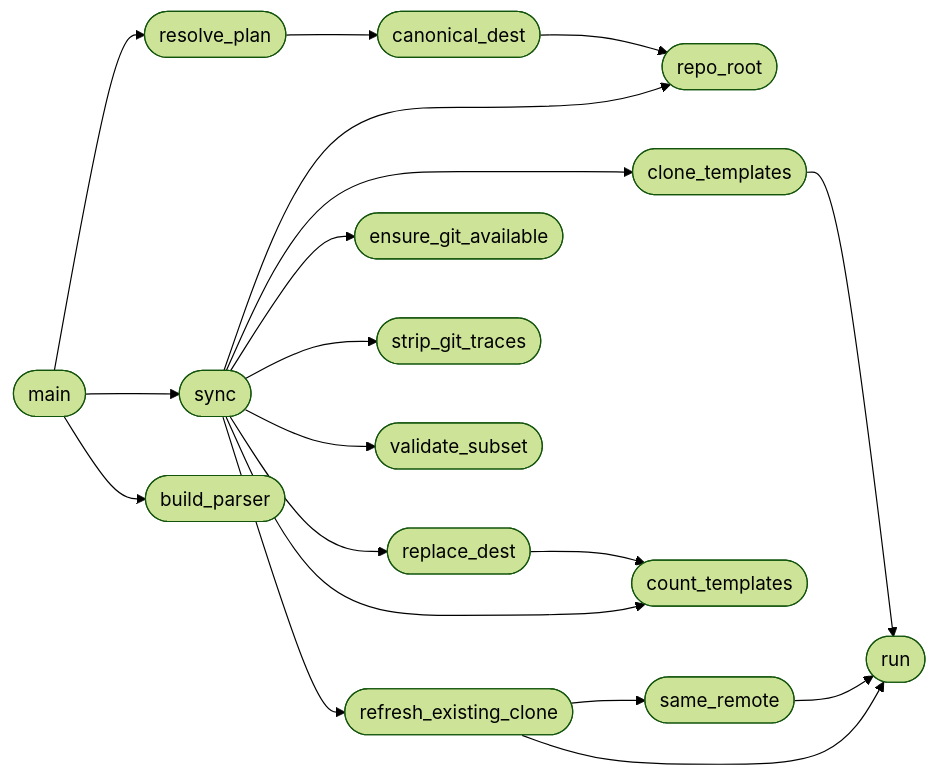
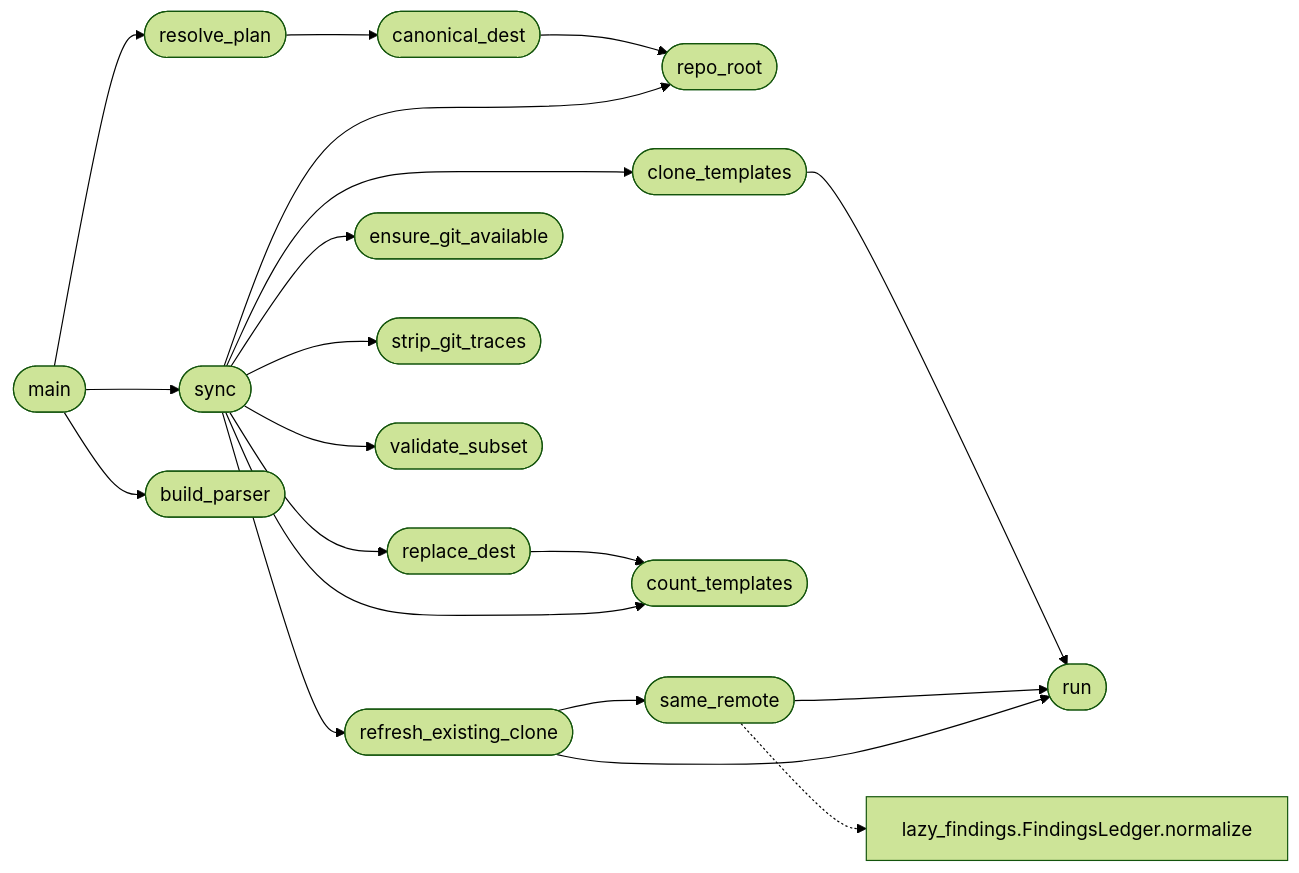
The diagram in readmenator-apidocs/modules/modules.nuclei_templates_sync.py.md (grisuno/LazyOwn), drawn with Mermaid (forest theme) before and after one commit. The commit also changed other lines of this file and 415 other files, not shown here.

````diff
--- a/readmenator-apidocs/modules/modules.nuclei_templates_sync.py.md
+++ b/readmenator-apidocs/modules/modules.nuclei_templates_sync.py.md
@@ -29,36 +29,38 @@
 ```mermaid
 flowchart LR
     n_modules_nuclei_templates_sync_py__canonical_dest(["canonical_dest"])
     n_modules_nuclei_templates_sync_py__repo_root(["repo_root"])
     n_modules_nuclei_templates_sync_py__clone_templates(["clone_templates"])
     n_modules_nuclei_templates_sync_py__run(["run"])
     n_modules_nuclei_templates_sync_py__replace_dest(["replace_dest"])
     n_modules_nuclei_templates_sync_py__count_templates(["count_templates"])
     n_modules_nuclei_templates_sync_py__same_remote(["same_remote"])
     n_modules_nuclei_templates_sync_py__refresh_existing_clone(["refresh_existing_clone"])
     n_modules_nuclei_templates_sync_py__sync(["sync"])
     n_modules_nuclei_templates_sync_py__ensure_git_available(["ensure_git_available"])
     n_modules_nuclei_templates_sync_py__strip_git_traces(["strip_git_traces"])
     n_modules_nuclei_templates_sync_py__validate_subset(["validate_subset"])
     n_modules_nuclei_templates_sync_py__resolve_plan(["resolve_plan"])
     n_modules_nuclei_templates_sync_py__main(["main"])
     n_modules_nuclei_templates_sync_py__build_parser(["build_parser"])
+    n_modules_lazy_findings_py__FindingsLedger_normalize["lazy_findings.FindingsLedger.normalize"]
     n_modules_nuclei_templates_sync_py__canonical_dest --> n_modules_nuclei_templates_sync_py__repo_root
     n_modules_nuclei_templates_sync_py__clone_templates --> n_modules_nuclei_templates_sync_py__run
     n_modules_nuclei_templates_sync_py__replace_dest --> n_modules_nuclei_templates_sync_py__count_templates
     n_modules_nuclei_templates_sync_py__same_remote --> n_modules_nuclei_templates_sync_py__run
     n_modules_nuclei_templates_sync_py__refresh_existing_clone --> n_modules_nuclei_templates_sync_py__run
     n_modules_nuclei_templates_sync_py__refresh_existing_clone --> n_modules_nuclei_templates_sync_py__same_remote
     n_modules_nuclei_templates_sync_py__sync --> n_modules_nuclei_templates_sync_py__clone_templates
     n_modules_nuclei_templates_sync_py__sync --> n_modules_nuclei_templates_sync_py__count_templates
     n_modules_nuclei_templates_sync_py__sync --> n_modules_nuclei_templates_sync_py__ensure_git_available
     n_modules_nuclei_templates_sync_py__sync --> n_modules_nuclei_templates_sync_py__refresh_existing_clone
     n_modules_nuclei_templates_sync_py__sync --> n_modules_nuclei_templates_sync_py__replace_dest
     n_modules_nuclei_templates_sync_py__sync --> n_modules_nuclei_templates_sync_py__repo_root
     n_modules_nuclei_templates_sync_py__sync --> n_modules_nuclei_templates_sync_py__strip_git_traces
     n_modules_nuclei_templates_sync_py__sync --> n_modules_nuclei_templates_sync_py__validate_subset
     n_modules_nuclei_templates_sync_py__resolve_plan --> n_modules_nuclei_templates_sync_py__canonical_dest
     n_modules_nuclei_templates_sync_py__main --> n_modules_nuclei_templates_sync_py__build_parser
     n_modules_nuclei_templates_sync_py__main --> n_modules_nuclei_templates_sync_py__resolve_plan
     n_modules_nuclei_templates_sync_py__main --> n_modules_nuclei_templates_sync_py__sync
+    n_modules_nuclei_templates_sync_py__same_remote -.-> n_modules_lazy_findings_py__FindingsLedger_normalize
 ```
````
